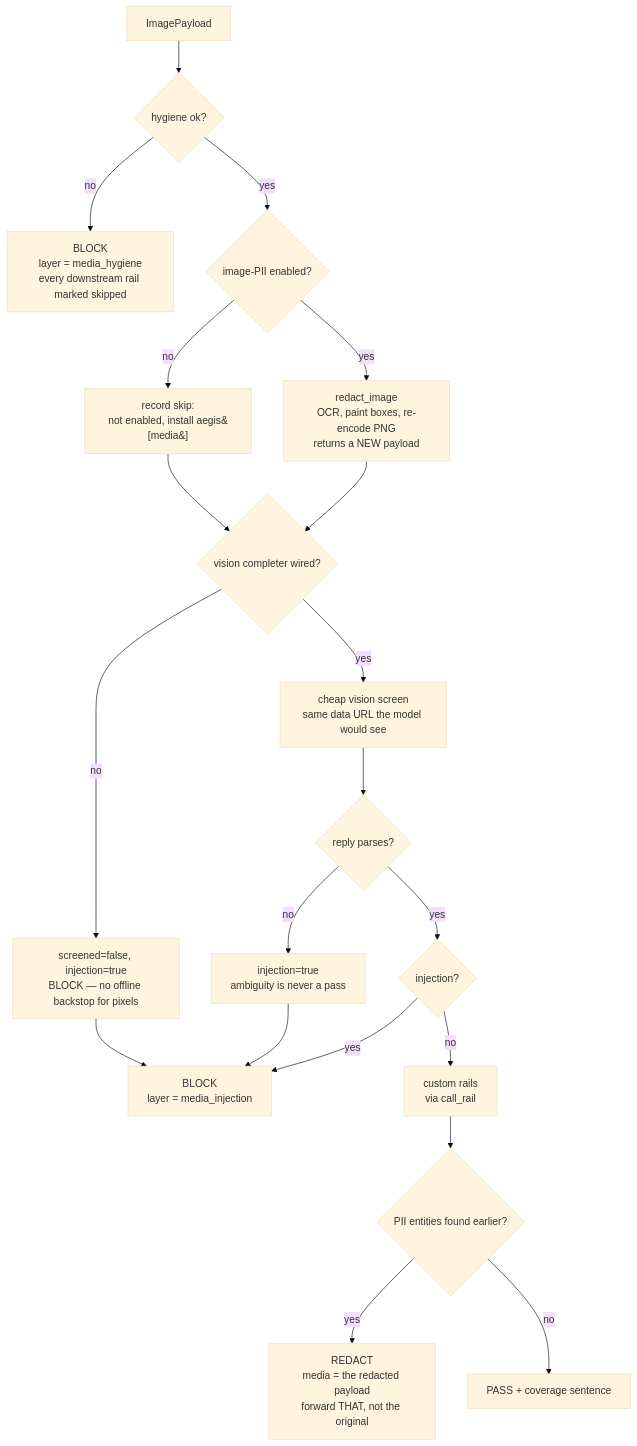
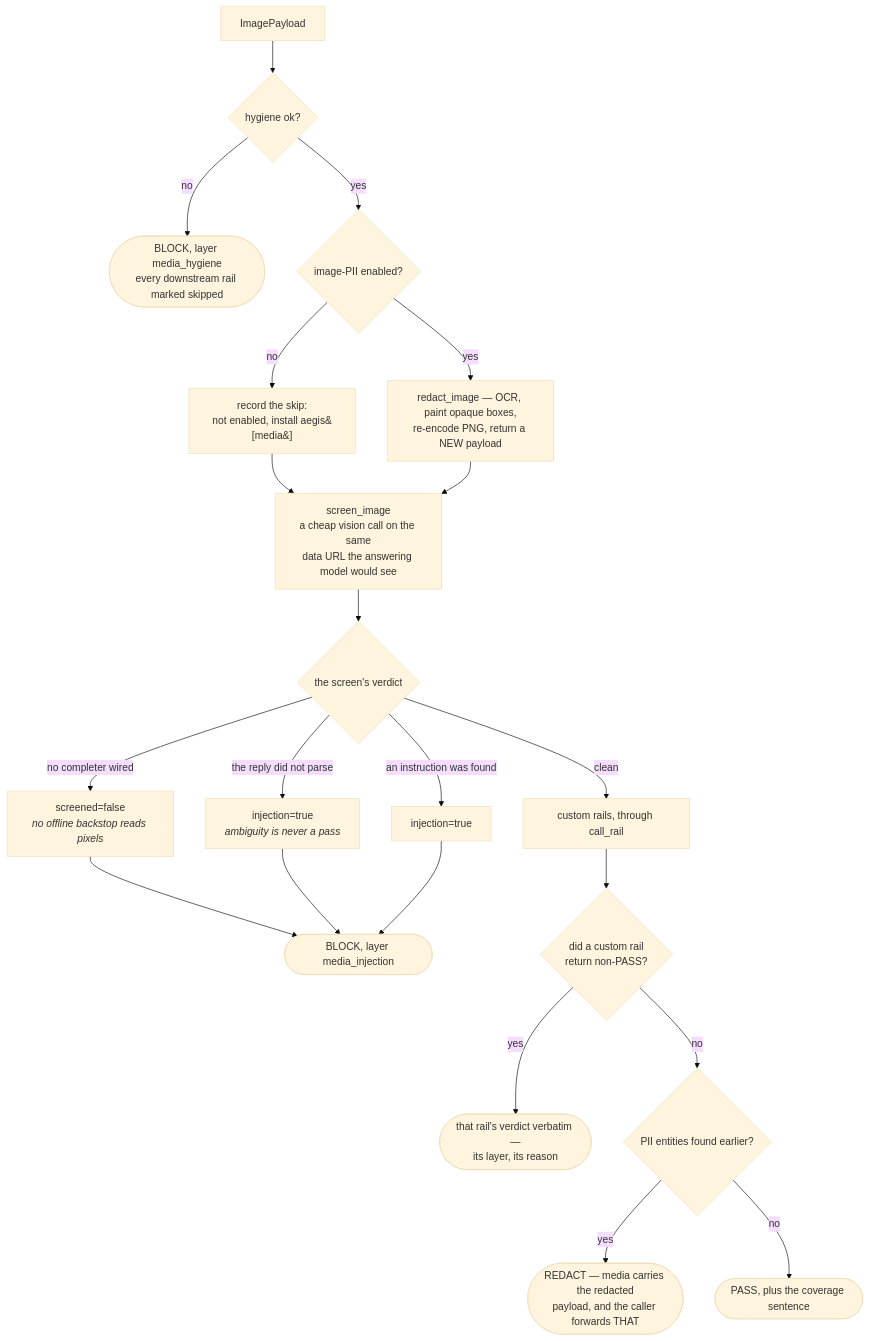
Before and after one commit to yrevash/aegis: the third of 5 diagrams in docs/teaching/media/40-diagrams.md, drawn with Mermaid (base theme). The commit also changed other lines of this file and 111 other files, not shown here.

````diff
--- a/docs/teaching/media/40-diagrams.md
+++ b/docs/teaching/media/40-diagrams.md
@@ -114,30 +82,28 @@
 ```mermaid
 flowchart TB
     IMG["ImagePayload"] --> HY{"hygiene ok?"}
-    HY -->|no| B1["BLOCK<br/>layer = media_hygiene<br/>every downstream rail marked skipped"]
+    HY -->|no| B1(["BLOCK, layer media_hygiene<br/>every downstream rail marked skipped"])
 
     HY -->|yes| PII{"image-PII enabled?"}
-    PII -->|no| SKIPPII["record skip:<br/>not enabled, install aegis&#91;media&#93;"]
-    PII -->|yes| RED["redact_image<br/>OCR, paint boxes, re-encode PNG<br/>returns a NEW payload"]
+    PII -->|no| SKIPPII["record the skip:<br/>not enabled, install aegis&#91;media&#93;"]
+    PII -->|yes| RED["redact_image — OCR, paint opaque boxes,<br/>re-encode PNG, return a NEW payload"]
 
     SKIPPII --> SCR
-    RED --> SCR
+    RED --> SCR["screen_image<br/>a cheap vision call on the same<br/>data URL the answering model would see"]
 
-    SCR{"vision completer wired?"}
-    SCR -->|no| FC["screened=false, injection=true<br/>BLOCK — no offline backstop for pixels"]
-    SCR -->|yes| CALL["cheap vision screen<br/>same data URL the model would see"]
+    SCR --> V{"the screen's verdict"}
+    V -->|"no completer wired"| NC["screened=false<br/><i>no offline backstop reads pixels</i>"]
+    V -->|"the reply did not parse"| UP["injection=true<br/><i>ambiguity is never a pass</i>"]
+    V -->|"an instruction was found"| INJ["injection=true"]
 
-    CALL --> PARSE{"reply parses?"}
-    PARSE -->|"no"| FCB["injection=true<br/>ambiguity is never a pass"]
-    PARSE -->|yes| VERD{"injection?"}
+    NC --> B2(["BLOCK, layer media_injection"])
+    UP --> B2
+    INJ --> B2
 
-    VERD -->|yes| B2["BLOCK<br/>layer = media_injection"]
-    VERD -->|no| CUST["custom rails<br/>via call_rail"]
-
-    FC --> B2
-    FCB --> B2
-
-    CUST --> ENT{"PII entities found earlier?"}
-    ENT -->|yes| RD["REDACT<br/>media = the redacted payload<br/>forward THAT, not the original"]
-    ENT -->|no| OKI["PASS + coverage sentence"]
+    V -->|clean| CUST["custom rails, through call_rail"]
+    CUST --> NONPASS{"did a custom rail<br/>return non-PASS?"}
+    NONPASS -->|yes| CB(["that rail's verdict verbatim —<br/>its layer, its reason"])
+    NONPASS -->|no| ENT{"PII entities found earlier?"}
+    ENT -->|yes| RD(["REDACT — media carries the redacted<br/>payload, and the caller forwards THAT"])
+    ENT -->|no| OKI(["PASS, plus the coverage sentence"])
 ```
````
